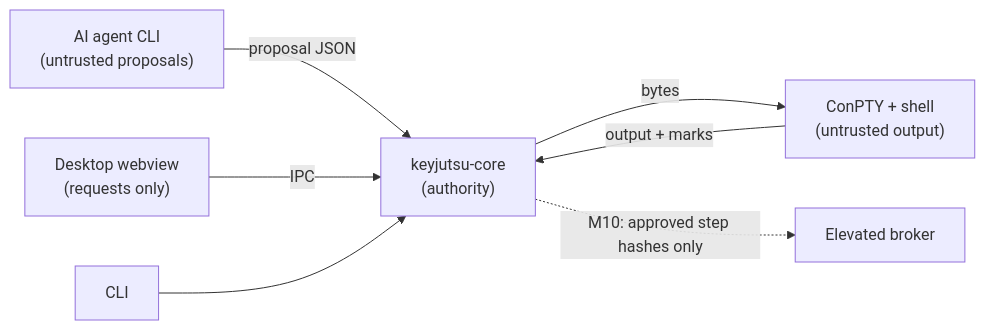
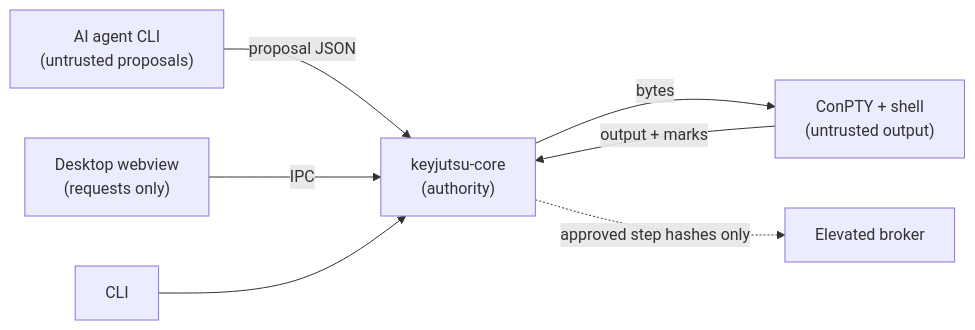
One commit to TheCodeSaiyan/keyjutsu changed the diagram in THREAT_MODEL.md. Above: the diagram before and after it, drawn with Mermaid. The commit also changed other lines of this file and 151 other files, not shown here.

````diff
--- a/THREAT_MODEL.md
+++ b/THREAT_MODEL.md
@@ -38,9 +38,9 @@
 ```mermaid
 flowchart LR
     agent["AI agent CLI\n(untrusted proposals)"] -->|proposal JSON| core
     webview["Desktop webview\n(requests only)"] -->|IPC| core
     cli["CLI"] --> core
     core["keyjutsu-core\n(authority)"] -->|bytes| pty["ConPTY + shell\n(untrusted output)"]
     pty -->|output + marks| core
-    core -.->|M10: approved step hashes only| broker["Elevated broker"]
+    core -.->|approved step hashes only| broker["Elevated broker"]
 ```
````
